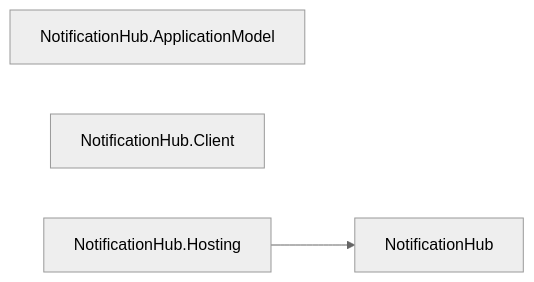
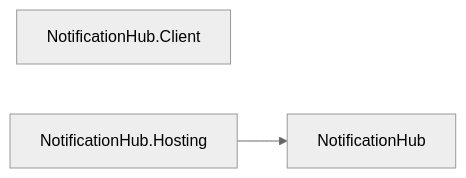
Diagram 23 of 27 in docs/DEPENDENCIES.md (assimalign/cohesion), drawn with Mermaid (neutral theme) before and after one commit. The commit also changed other lines of this file and 441 other files, not shown here.

````diff
--- a/docs/DEPENDENCIES.md
+++ b/docs/DEPENDENCIES.md
@@ -873,8 +847,7 @@
 ```mermaid
 flowchart LR
     N0["NotificationHub"]
-    N1["NotificationHub.ApplicationModel"]
-    N2["NotificationHub.Client"]
-    N3["NotificationHub.Hosting"]
-    N3 --> N0
+    N1["NotificationHub.Client"]
+    N2["NotificationHub.Hosting"]
+    N2 --> N0
 ```
````
